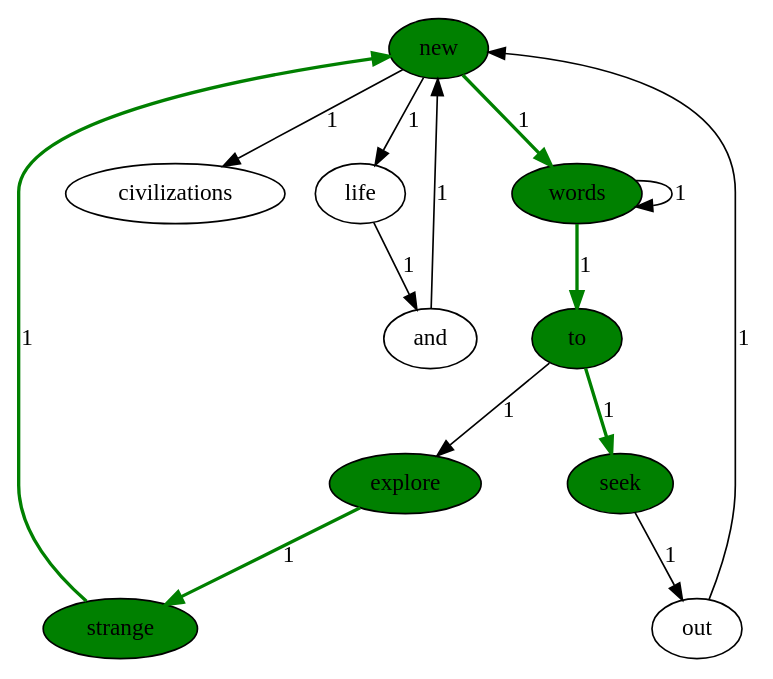
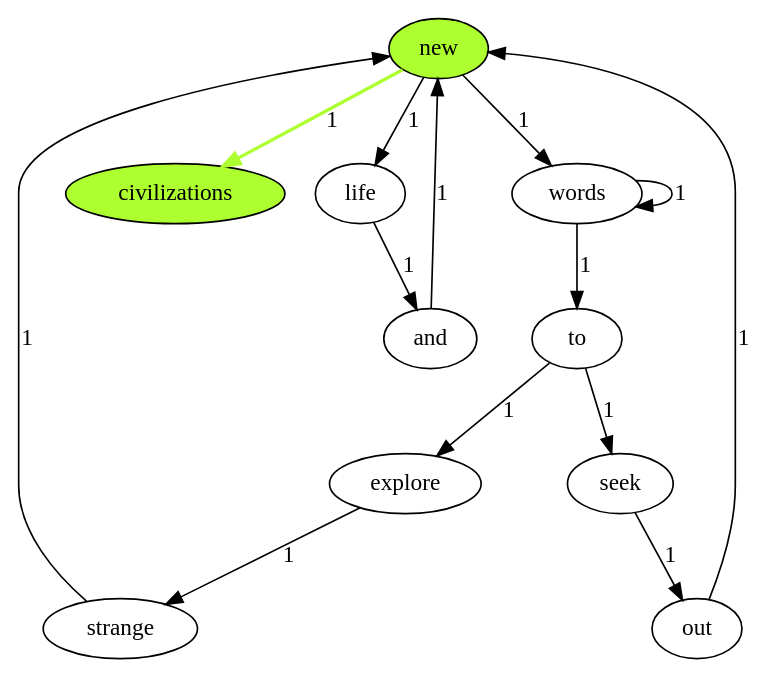
One commit to Akaisorani/SE-EX1-WordGraph changed the diagram in Lab4/tmp/graph.gv. Above: the diagram before and after it, drawn with Graphviz. The commit also changed 15 other files, not shown here.

```diff
--- a/Lab4/tmp/graph.gv
+++ b/Lab4/tmp/graph.gv
@@ -1,26 +1,26 @@
 digraph G{
-new [style=filled, fillcolor=green];
-explore [style=filled, fillcolor=green];
+new [style=filled, fillcolor=greenyellow];
+explore;
 and;
-words [style=filled, fillcolor=green];
-to [style=filled, fillcolor=green];
-civilizations;
-seek [style=filled, fillcolor=green];
-strange [style=filled, fillcolor=green];
+words;
+to;
+civilizations [style=filled, fillcolor=greenyellow];
+seek;
+strange;
 life;
 out;
 
-new->civilizations[label=1];
+new->civilizations[label=1][style=bold, color=greenyellow];
 new->life[label=1];
-new->words[label=1][style=bold, color=green];
-explore->strange[label=1][style=bold, color=green];
+new->words[label=1];
+explore->strange[label=1];
 and->new[label=1];
-words->to[label=1][style=bold, color=green];
+words->to[label=1];
 words->words[label=1];
 to->explore[label=1];
-to->seek[label=1][style=bold, color=green];
+to->seek[label=1];
 seek->out[label=1];
-strange->new[label=1][style=bold, color=green];
+strange->new[label=1];
 life->and[label=1];
 out->new[label=1];
 }
```
